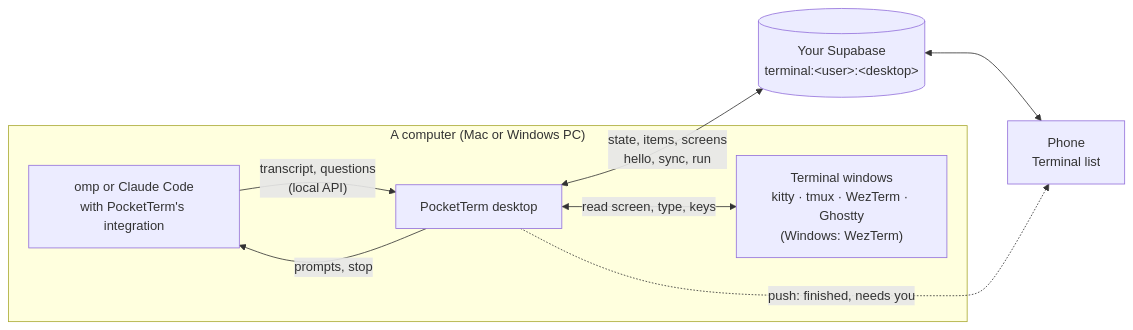
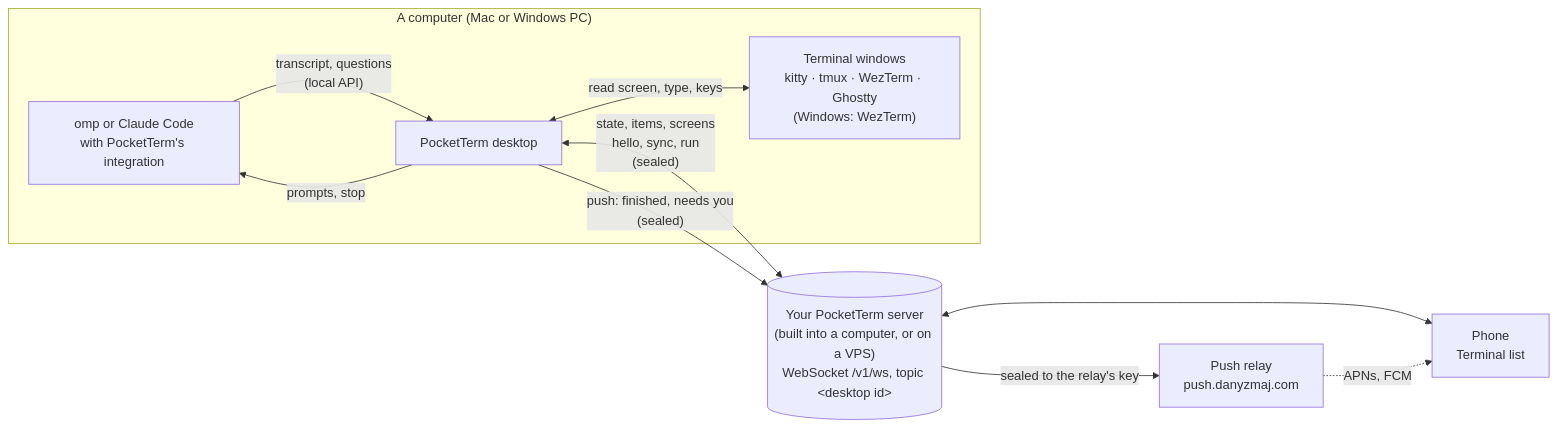
Before and after one commit to danyzmaj-apps/pocketterm: the diagram in docs/ARCHITECTURE.md, drawn with Mermaid. The commit also changed other lines of this file and 13 other files, not shown here.

````diff
--- a/docs/ARCHITECTURE.md
+++ b/docs/ARCHITECTURE.md
@@ -7,16 +7,19 @@
 ```mermaid
 flowchart LR
   subgraph computer ["A computer (Mac or Windows PC)"]
     agent["omp or Claude Code<br/>with PocketTerm's integration"]
     term["Terminal windows<br/>kitty · tmux · WezTerm · Ghostty<br/>(Windows: WezTerm)"]
     app["PocketTerm desktop"]
     agent -->|"transcript, questions<br/>(local API)"| app
     app -->|"prompts, stop"| agent
     app <-->|"read screen, type, keys"| term
   end
-  rt[("Your Supabase<br/>terminal:&lt;user&gt;:&lt;desktop&gt;")]
+  srv[("Your PocketTerm server<br/>(built into a computer, or on a VPS)<br/>WebSocket /v1/ws, topic &lt;desktop id&gt;")]
+  relay["Push relay<br/>push.danyzmaj.com"]
   phone["Phone<br/>Terminal list"]
-  app <-->|"state, items, screens<br/>hello, sync, run"| rt
-  rt <--> phone
-  app -.->|"push: finished, needs you"| phone
+  app <-->|"state, items, screens<br/>hello, sync, run<br/>(sealed)"| srv
+  srv <--> phone
+  app -->|"push: finished, needs you<br/>(sealed)"| srv
+  srv -->|"sealed to the relay's key"| relay
+  relay -.->|"APNs, FCM"| phone
 ```
````
